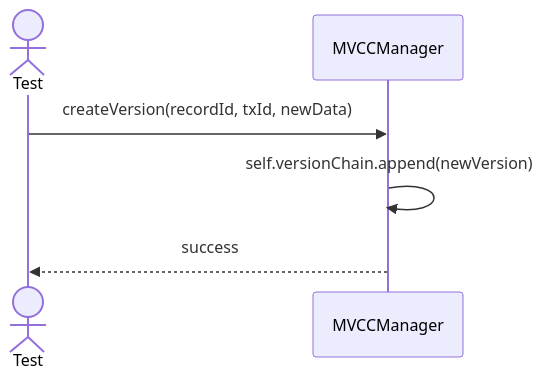
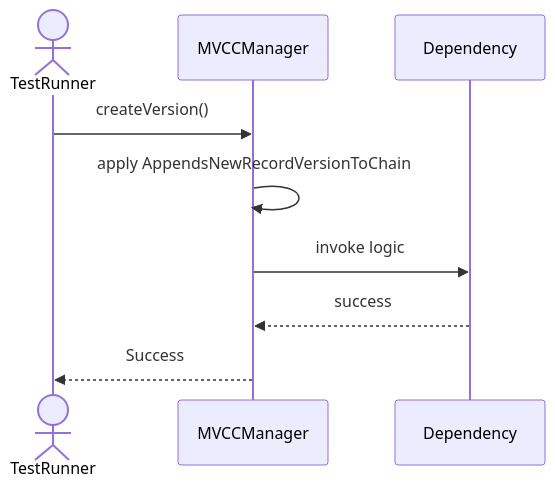
The first of 5 diagrams in Sequences/TransactionManagement/MVCCManager.md (TamBui1706/DBMS), drawn with Mermaid before and after one commit. The commit also changed other lines of this file and 63 other files, not shown here.

Commit message:
Draw sequence diagram for unit tests

````diff
--- a/Sequences/TransactionManagement/MVCCManager.md
+++ b/Sequences/TransactionManagement/MVCCManager.md
@@ -15,9 +18,10 @@
 ```mermaid
 sequenceDiagram
-    actor Test
+    actor TestRunner
     participant MVCCManager
-
-    Test->>MVCCManager: createVersion(recordId, txId, newData)
-    MVCCManager->>MVCCManager: self.versionChain.append(newVersion)
-    MVCCManager-->>Test: success
+    TestRunner->>MVCCManager: createVersion()
+    MVCCManager->>MVCCManager: apply AppendsNewRecordVersionToChain
+    MVCCManager->>Dependency: invoke logic
+    Dependency-->>MVCCManager: success
+    MVCCManager-->>TestRunner: Success
 ```
````
